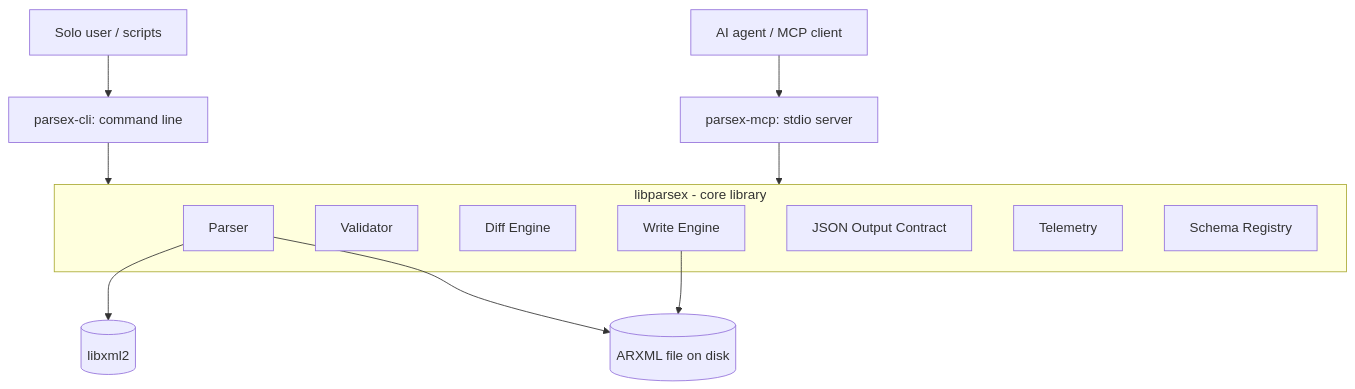
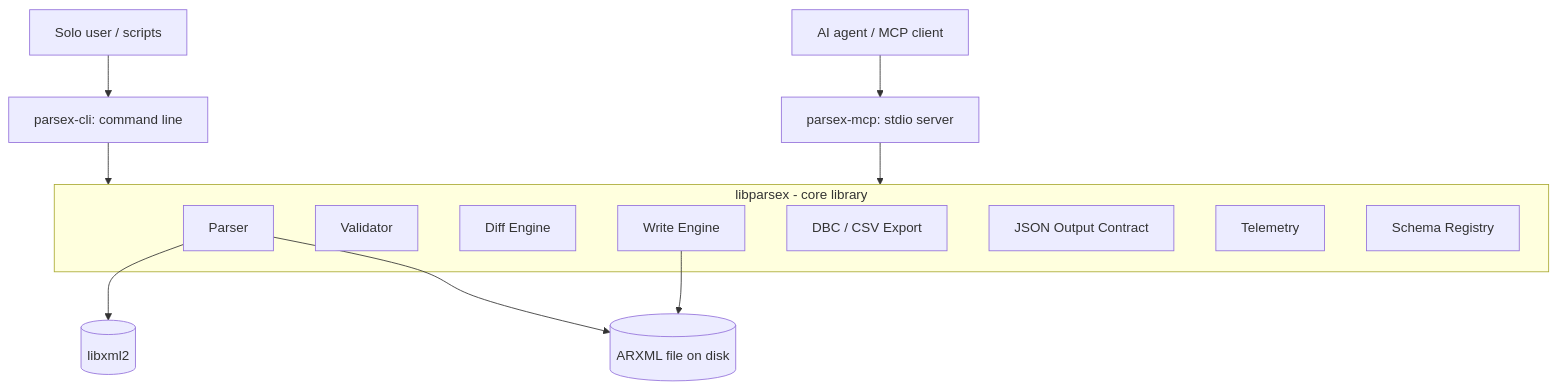
Before and after one commit to sureandhar-a/ParseX: the first of 4 diagrams in docs/hld.md, drawn with Mermaid. The commit also changed other lines of this file and 7 other files, not shown here.

Commit message:
Document DBC/CSV export in README, CHANGELOG, CLI, MCP and design docs

````diff
--- a/docs/hld.md
+++ b/docs/hld.md
@@ -19,21 +19,22 @@
 ```mermaid
 graph TD
     User[Solo user / scripts] --> CLI[parsex-cli: command line]
     Agent[AI agent / MCP client] --> MCPServer[parsex-mcp: stdio server]
 
     subgraph Core[libparsex - core library]
         Parser[Parser]
         Validator[Validator]
         DiffEngine[Diff Engine]
         WriteEngine[Write Engine]
+        Export[DBC / CSV Export]
         JSONContract[JSON Output Contract]
         Telemetry[Telemetry]
         SchemaRegistry[Schema Registry]
     end
 
     CLI --> Core
     MCPServer --> Core
     Parser --> Lib[(libxml2)]
     Parser --> ARXML[(ARXML file on disk)]
     WriteEngine --> ARXML
 ```
````
